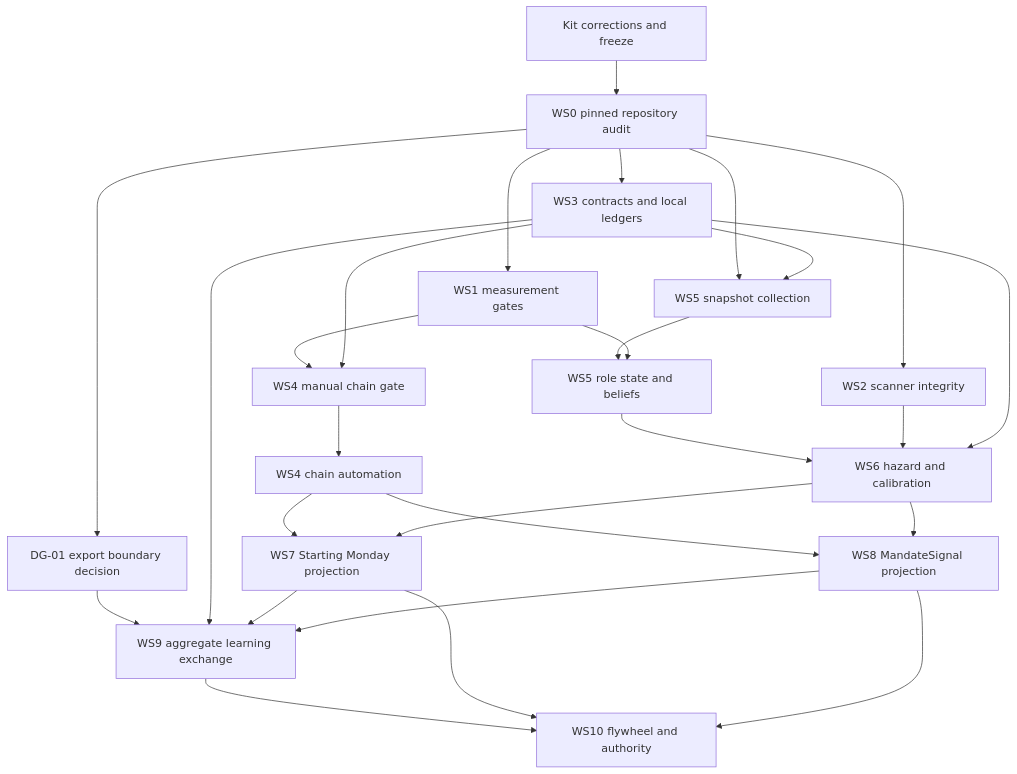
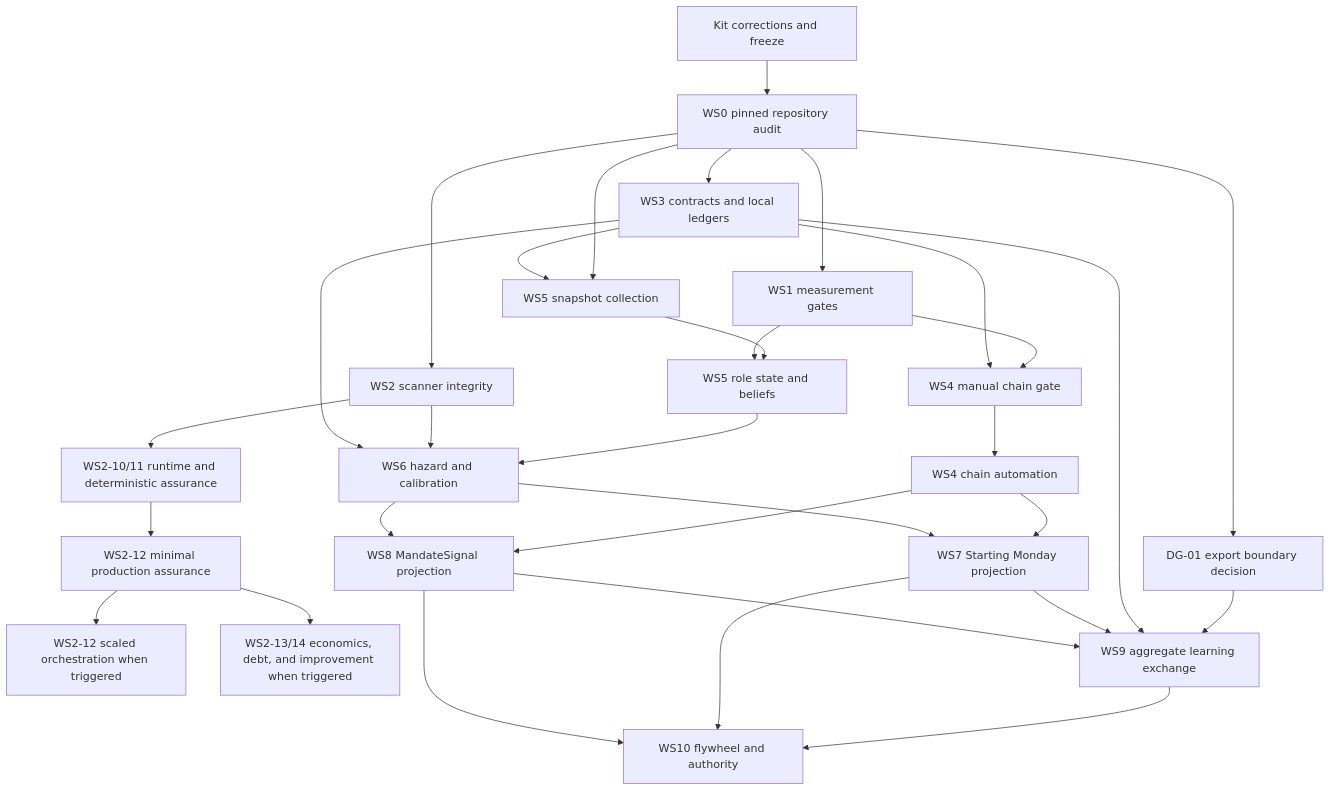
Before and after one commit to StartingMondayorg/startingmonday: the diagram in docs/signal-engine-cross-product-master-plan-2026-07-26.md, drawn with Mermaid. The commit also changed other lines of this file and 1 other file, not shown here.

Commit message:
docs: adopt MandateSignal scanner assurance

````diff
--- a/docs/signal-engine-cross-product-master-plan-2026-07-26.md
+++ b/docs/signal-engine-cross-product-master-plan-2026-07-26.md
@@ -238,29 +258,33 @@
 ```mermaid
 flowchart TD
   K[Kit corrections and freeze] --> A[WS0 pinned repository audit]
   A --> D[DG-01 export boundary decision]
   A --> M[WS1 measurement gates]
   A --> I[WS2 scanner integrity]
+  I --> AR[WS2-10/11 runtime and deterministic assurance]
+  AR --> AM[WS2-12 minimal production assurance]
+  AM --> AS[WS2-12 scaled orchestration when triggered]
+  AM --> AI[WS2-13/14 economics, debt, and improvement when triggered]
   A --> C[WS3 contracts and local ledgers]
   M --> CH[WS4 manual chain gate]
   C --> CH
   CH --> CA[WS4 chain automation]
   A --> S0[WS5 snapshot collection]
   C --> S0
   S0 --> S[WS5 role state and beliefs]
   M --> S
   S --> H[WS6 hazard and calibration]
   I --> H
   C --> H
   CA --> P1[WS7 Starting Monday projection]
   H --> P1
   CA --> P2[WS8 MandateSignal projection]
   H --> P2
   D --> X[WS9 aggregate learning exchange]
   C --> X
   P1 --> X
   P2 --> X
   X --> F[WS10 flywheel and authority]
   P1 --> F
   P2 --> F
 ```
````
